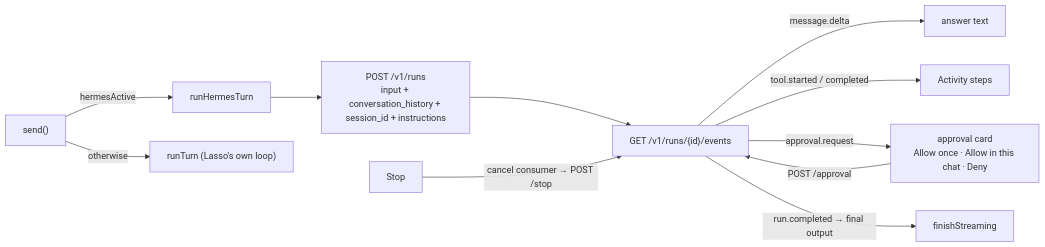
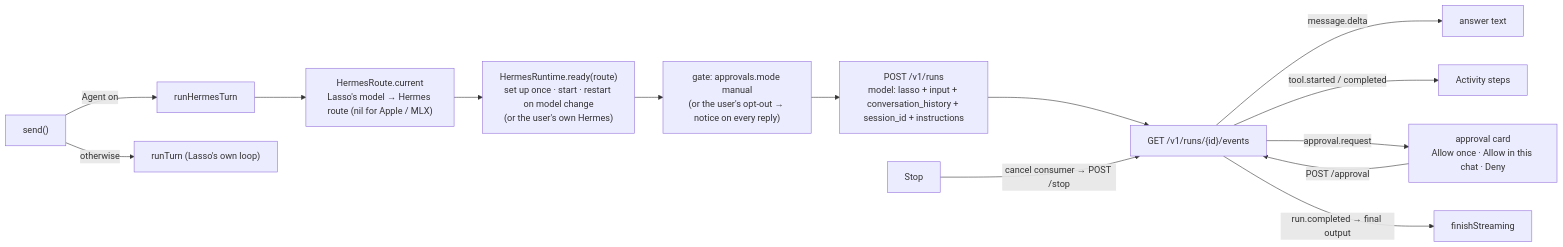
The eighth of 9 diagrams in docs/APP_FLOW.md (civarry/lasso-app), drawn with Mermaid before and after one commit. The commit also changed other lines of this file and 10 other files, not shown here.

First line of the commit message:
Chat: the Agent feels built in (Lasso runs its own Hermes)

````diff
--- a/docs/APP_FLOW.md
+++ b/docs/APP_FLOW.md
@@ -612,13 +613,16 @@
 ```mermaid
 flowchart LR
-  Send["send()"] -->|"hermesActive"| HT["runHermesTurn"]
+  Send["send()"] -->|"Agent on"| HT["runHermesTurn"]
   Send -->|"otherwise"| RT["runTurn (Lasso's own loop)"]
-  HT --> Start["POST /v1/runs<br/>input + conversation_history + session_id + instructions"]
+  HT --> Route["HermesRoute.current<br/>Lasso's model → Hermes route (nil for Apple / MLX)"]
+  Route --> Runtime["HermesRuntime.ready(route)<br/>set up once · start · restart on model change<br/>(or the user's own Hermes)"]
+  Runtime --> Gate["gate: approvals.mode manual<br/>(or the user's opt-out → notice on every reply)"]
+  Gate --> Start["POST /v1/runs<br/>model: lasso + input + conversation_history + session_id + instructions"]
   Start --> SSE["GET /v1/runs/{id}/events"]
   SSE -->|"message.delta"| Text["answer text"]
   SSE -->|"tool.started / completed"| Steps["Activity steps"]
   SSE -->|"approval.request"| Card["approval card<br/>Allow once · Allow in this chat · Deny"]
   Card -->|"POST /approval"| SSE
   SSE -->|"run.completed → final output"| Done["finishStreaming"]
   Stop["Stop"] -->|"cancel consumer → POST /stop"| SSE
 ```
````
